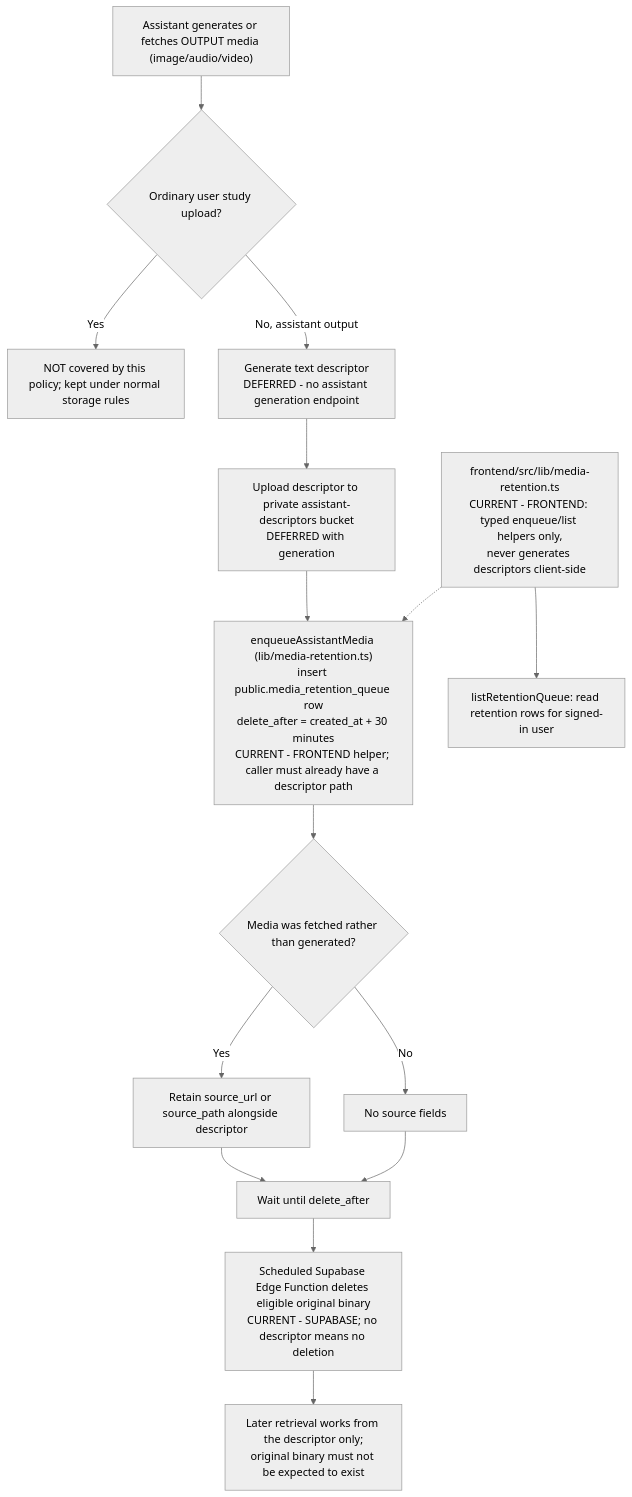
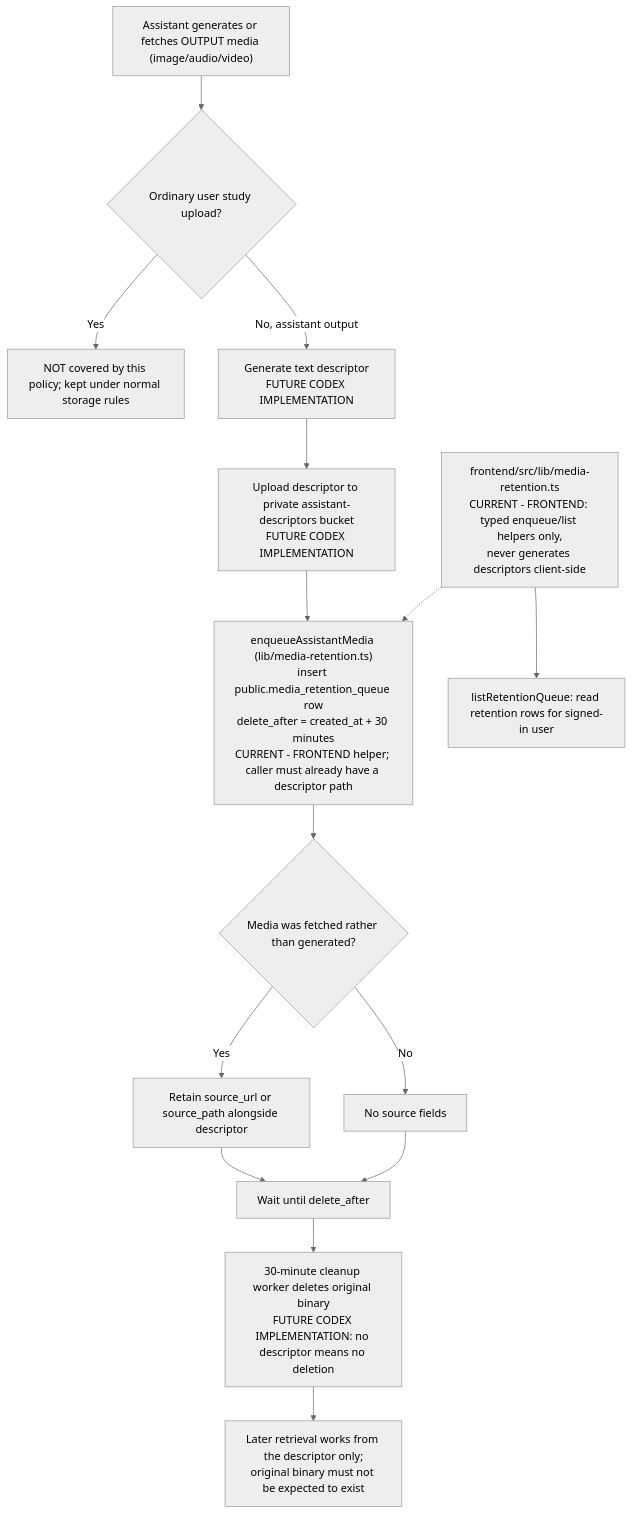
Before and after one commit to keyshavmor/study-swiss-star: the diagram in docs/wireframes/20-media-retention.mmd, drawn with Mermaid (neutral theme). The commit also changed 231 other files, not shown here.

```diff
--- a/docs/wireframes/20-media-retention.mmd
+++ b/docs/wireframes/20-media-retention.mmd
@@ -1,17 +1,17 @@
 %% Assistant output media + 30-minute descriptor retention (lib/media-retention.ts,
 %% public.media_retention_queue). Descriptor must exist before original media is deleted.
 flowchart TD
   Gen["Assistant generates or fetches OUTPUT media (image/audio/video)"] --> Scope{"Ordinary user study upload?"}
   Scope -->|Yes| OutOfPolicy["NOT covered by this policy; kept under normal storage rules"]
-  Scope -->|No, assistant output| Descriptor["Generate text descriptor<br/>DEFERRED - no assistant generation endpoint"]
-  Descriptor --> Upload["Upload descriptor to private assistant-descriptors bucket<br/>DEFERRED with generation"]
+  Scope -->|No, assistant output| Descriptor["Generate text descriptor<br/>FUTURE CODEX IMPLEMENTATION"]
+  Descriptor --> Upload["Upload descriptor to private assistant-descriptors bucket<br/>FUTURE CODEX IMPLEMENTATION"]
   Upload --> Enqueue["enqueueAssistantMedia (lib/media-retention.ts)<br/>insert public.media_retention_queue row<br/>delete_after = created_at + 30 minutes<br/>CURRENT - FRONTEND helper; caller must already have a descriptor path"]
   Enqueue --> Source{"Media was fetched rather than generated?"}
   Source -->|Yes| Keep["Retain source_url or source_path alongside descriptor"]
   Source -->|No| Skip["No source fields"]
   Keep --> Wait["Wait until delete_after"]
   Skip --> Wait
-  Wait --> Cleanup["Scheduled Supabase Edge Function deletes eligible original binary<br/>CURRENT - SUPABASE; no descriptor means no deletion"]
+  Wait --> Cleanup["30-minute cleanup worker deletes original binary<br/>FUTURE CODEX IMPLEMENTATION: no descriptor means no deletion"]
   Cleanup --> Retrieve["Later retrieval works from the descriptor only;<br/>original binary must not be expected to exist"]
   ClientLib["frontend/src/lib/media-retention.ts<br/>CURRENT - FRONTEND: typed enqueue/list helpers only,<br/>never generates descriptors client-side"] -.-> Enqueue
   ClientLib --> ListUI["listRetentionQueue: read retention rows for signed-in user"]
```
